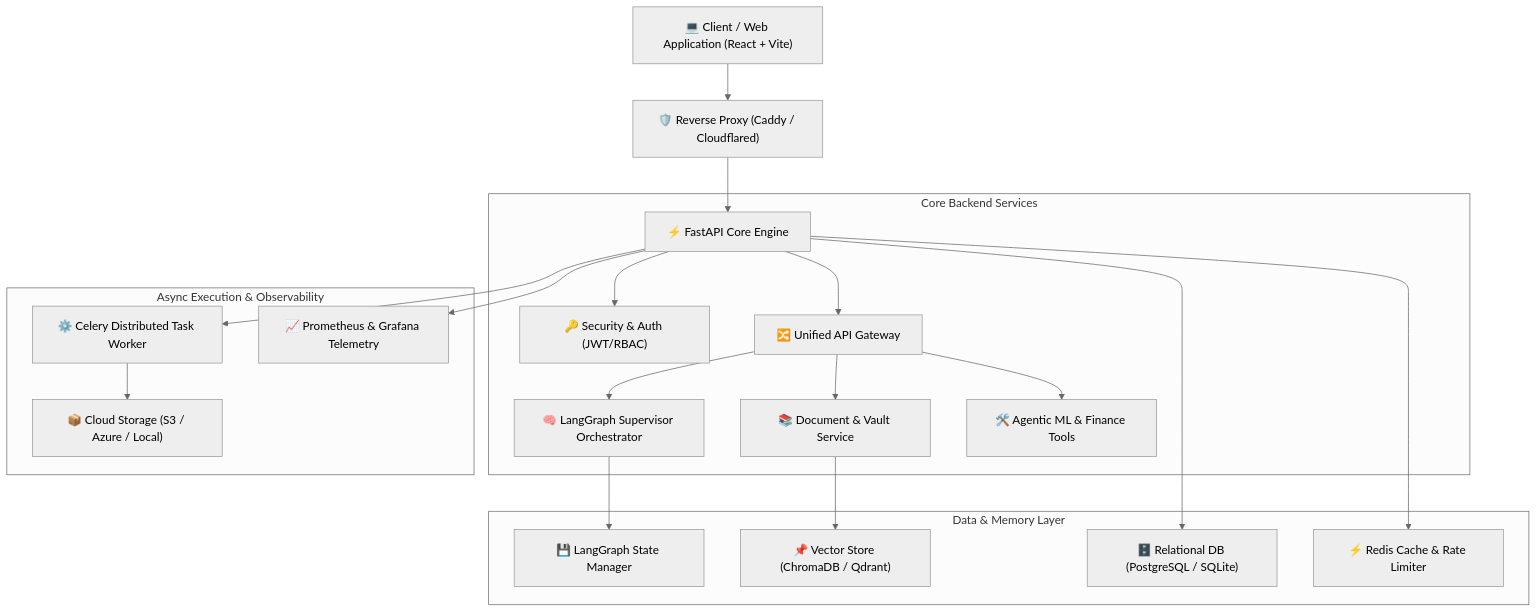
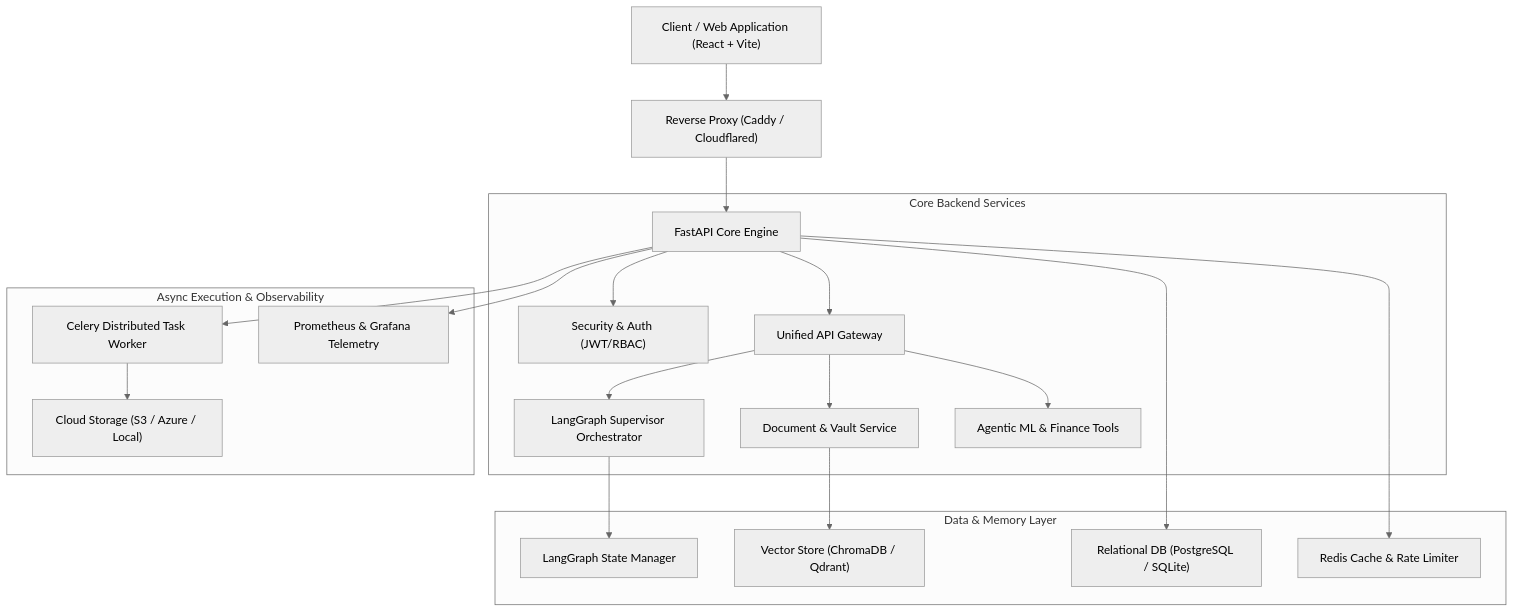
One commit to harishrobin11/athena-ai changed the first of 2 diagrams in README.md. Above: the diagram before and after it, drawn with Mermaid (neutral theme). The commit also changed 2 other files, not shown here.

Commit message:
fix(ci): add default values for settings and remove emojis from README mermaid diagram

````diff
--- a/README.md
+++ b/README.md
@@ -65,26 +65,26 @@
 ```mermaid
 graph TD
-    Client["💻 Client / Web Application (React + Vite)"] --> Caddy["🛡️ Reverse Proxy (Caddy / Cloudflared)"]
-    Caddy --> Gateway["⚡ FastAPI Core Engine"]
+    Client["Client / Web Application (React + Vite)"] --> Caddy["Reverse Proxy (Caddy / Cloudflared)"]
+    Caddy --> Gateway["FastAPI Core Engine"]
 
     subgraph "Core Backend Services"
-        Gateway --> Auth["🔑 Security & Auth (JWT/RBAC)"]
-        Gateway --> Router["🔀 Unified API Gateway"]
-        Router --> Orchestrator["🧠 LangGraph Supervisor Orchestrator"]
-        Router --> RAG["📚 Document & Vault Service"]
-        Router --> Tools["🛠️ Agentic ML & Finance Tools"]
+        Gateway --> Auth["Security & Auth (JWT/RBAC)"]
+        Gateway --> Router["Unified API Gateway"]
+        Router --> Orchestrator["LangGraph Supervisor Orchestrator"]
+        Router --> RAG["Document & Vault Service"]
+        Router --> Tools["Agentic ML & Finance Tools"]
     end
 
     subgraph "Data & Memory Layer"
-        Orchestrator --> State["💾 LangGraph State Manager"]
-        RAG --> VectorDB["📌 Vector Store (ChromaDB / Qdrant)"]
-        Gateway --> DB["🗄️ Relational DB (PostgreSQL / SQLite)"]
-        Gateway --> Cache["⚡ Redis Cache & Rate Limiter"]
+        Orchestrator --> State["LangGraph State Manager"]
+        RAG --> VectorDB["Vector Store (ChromaDB / Qdrant)"]
+        Gateway --> DB["Relational DB (PostgreSQL / SQLite)"]
+        Gateway --> Cache["Redis Cache & Rate Limiter"]
     end
 
     subgraph "Async Execution & Observability"
-        Gateway --> Celery["⚙️ Celery Distributed Task Worker"]
-        Celery --> Storage["📦 Cloud Storage (S3 / Azure / Local)"]
-        Gateway --> Metrics["📈 Prometheus & Grafana Telemetry"]
+        Gateway --> Celery["Celery Distributed Task Worker"]
+        Celery --> Storage["Cloud Storage (S3 / Azure / Local)"]
+        Gateway --> Metrics["Prometheus & Grafana Telemetry"]
     end
 ```
````
